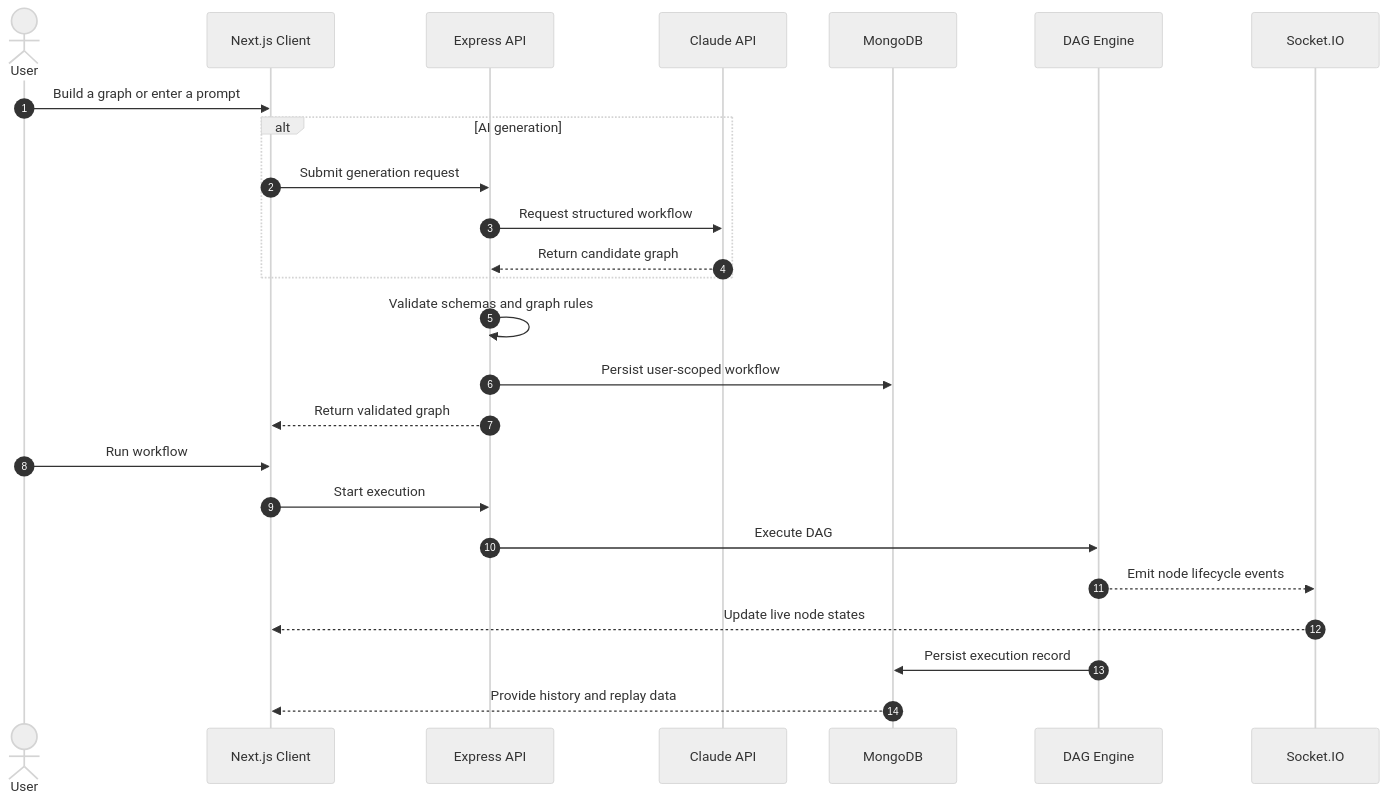
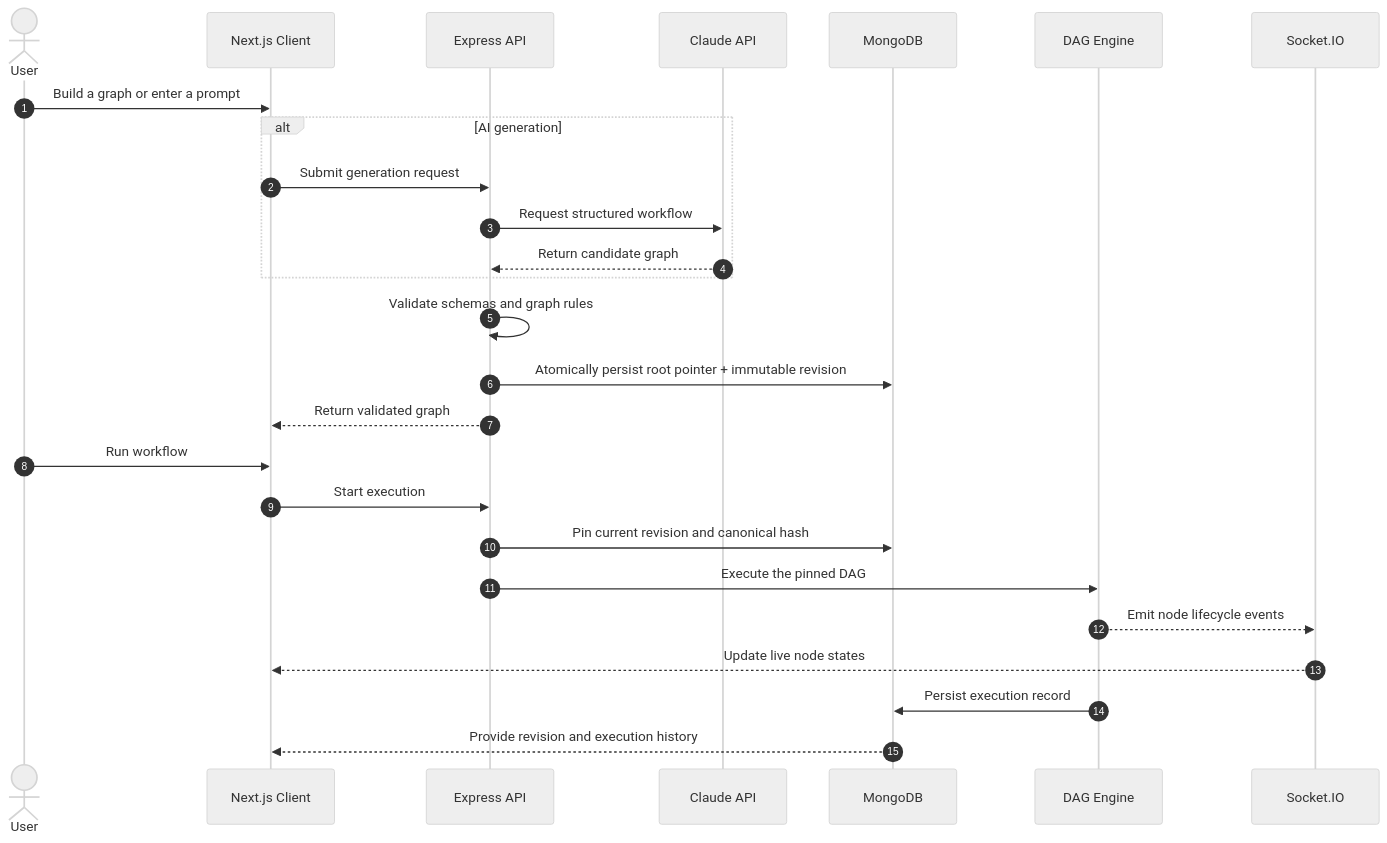
One commit to varun-raj-77/flowcraft-ai-workflow-builder changed the diagram in README.md. Above: the diagram before and after it, drawn with Mermaid (neutral theme). The commit also changed other lines of this file and 94 other files, not shown here.

````diff
--- a/README.md
+++ b/README.md
@@ -206,31 +221,32 @@
 ```mermaid
 sequenceDiagram
     autonumber
     actor User
     participant UI as Next.js Client
     participant API as Express API
     participant AI as Claude API
     participant DB as MongoDB
     participant Engine as DAG Engine
     participant Socket as Socket.IO
 
     User->>UI: Build a graph or enter a prompt
 
     alt AI generation
         UI->>API: Submit generation request
         API->>AI: Request structured workflow
         AI-->>API: Return candidate graph
     end
 
     API->>API: Validate schemas and graph rules
-    API->>DB: Persist user-scoped workflow
+    API->>DB: Atomically persist root pointer + immutable revision
     API-->>UI: Return validated graph
 
     User->>UI: Run workflow
     UI->>API: Start execution
-    API->>Engine: Execute DAG
+    API->>DB: Pin current revision and canonical hash
+    API->>Engine: Execute the pinned DAG
     Engine-->>Socket: Emit node lifecycle events
     Socket-->>UI: Update live node states
     Engine->>DB: Persist execution record
-    DB-->>UI: Provide history and replay data
+    DB-->>UI: Provide revision and execution history
 ```
````
